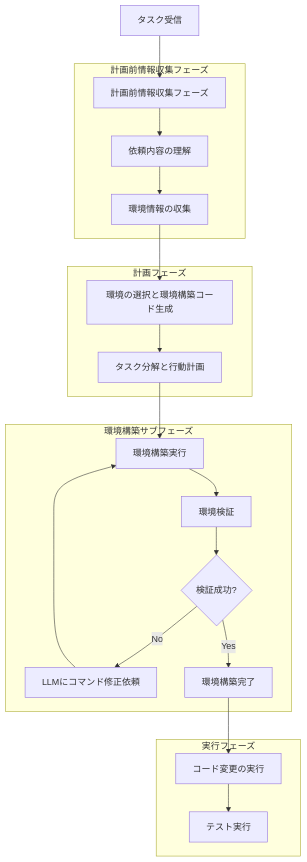
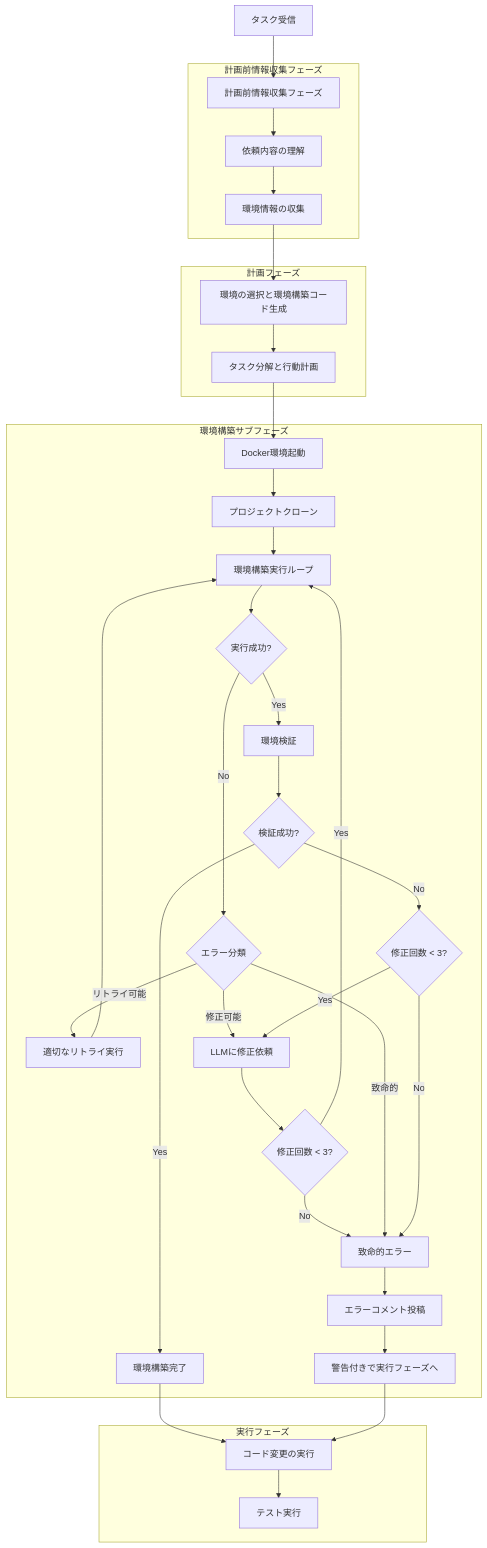
The first of 2 diagrams in docs/spec/ENVIRONMENT_SETUP_IN_PLANNING_SPECIFICATION.md (notfolder/coding_agent), drawn with Mermaid before and after one commit. The commit also changed other lines of this file, not shown here.

````diff
--- a/docs/spec/ENVIRONMENT_SETUP_IN_PLANNING_SPECIFICATION.md
+++ b/docs/spec/ENVIRONMENT_SETUP_IN_PLANNING_SPECIFICATION.md
@@ -47,28 +47,43 @@
 ```mermaid
 flowchart TD
     A[タスク受信] --> B[計画前情報収集フェーズ]
     
     subgraph PrePlanning[計画前情報収集フェーズ]
         B --> C[依頼内容の理解]
         C --> D[環境情報の収集]
     end
     
     subgraph Planning[計画フェーズ]
         D --> E[環境の選択と環境構築コード生成]
         E --> F[タスク分解と行動計画]
     end
     
     subgraph EnvSetup[環境構築サブフェーズ]
-        F --> G[環境構築実行]
-        G --> H[環境検証]
-        H --> I{検証成功?}
-        I -->|No| J[LLMにコマンド修正依頼]
-        J --> G
-        I -->|Yes| K[環境構築完了]
+        F --> G[Docker環境起動]
+        G --> H[プロジェクトクローン]
+        H --> I[環境構築実行ループ]
+        I --> J{実行成功?}
+        J -->|No| K{エラー分類}
+        K -->|リトライ可能| L[適切なリトライ実行]
+        L --> I
+        K -->|修正可能| M[LLMに修正依頼]
+        M --> N{修正回数 < 3?}
+        N -->|Yes| I
+        N -->|No| O[致命的エラー]
+        K -->|致命的| O
+        J -->|Yes| P[環境検証]
+        P --> Q{検証成功?}
+        Q -->|No| R{修正回数 < 3?}
+        R -->|Yes| M
+        R -->|No| O
+        Q -->|Yes| S[環境構築完了]
+        O --> T[エラーコメント投稿]
+        T --> U[警告付きで実行フェーズへ]
     end
     
     subgraph Execution[実行フェーズ]
-        K --> L[コード変更の実行]
-        L --> M[テスト実行]
+        S --> V[コード変更の実行]
+        U --> V
+        V --> W[テスト実行]
     end
 ```
````
